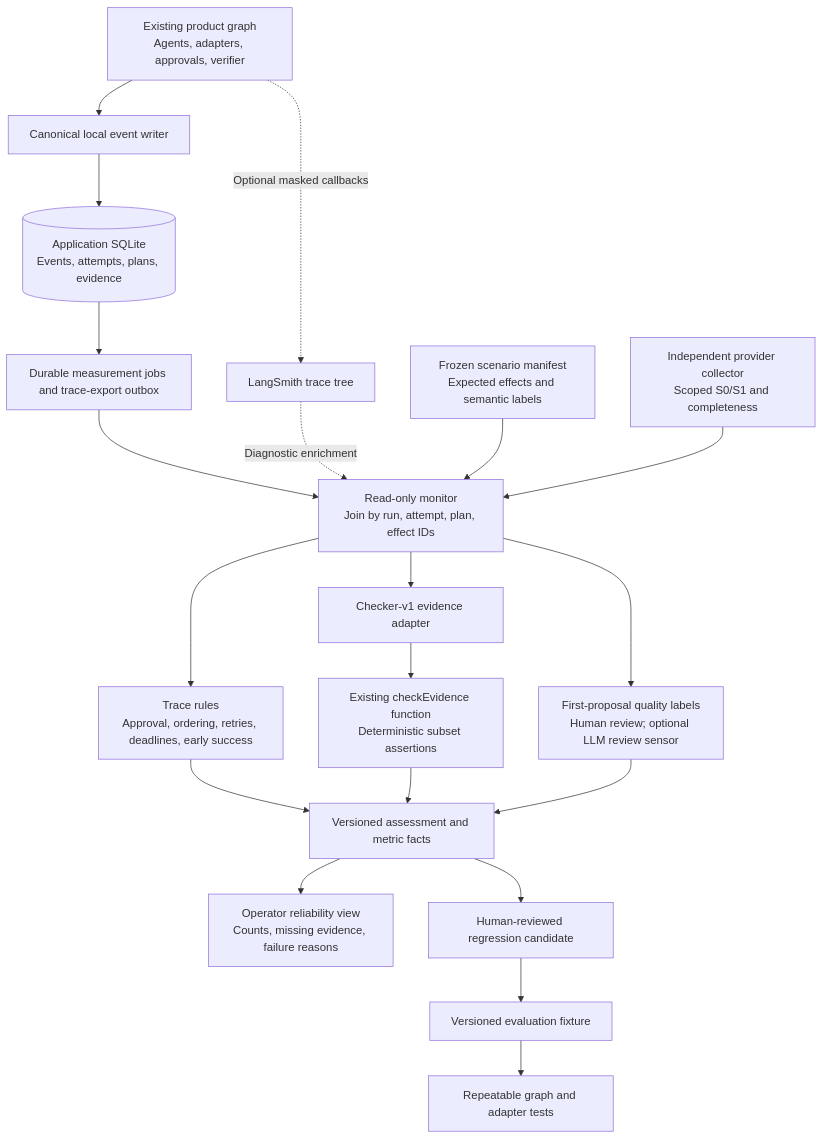
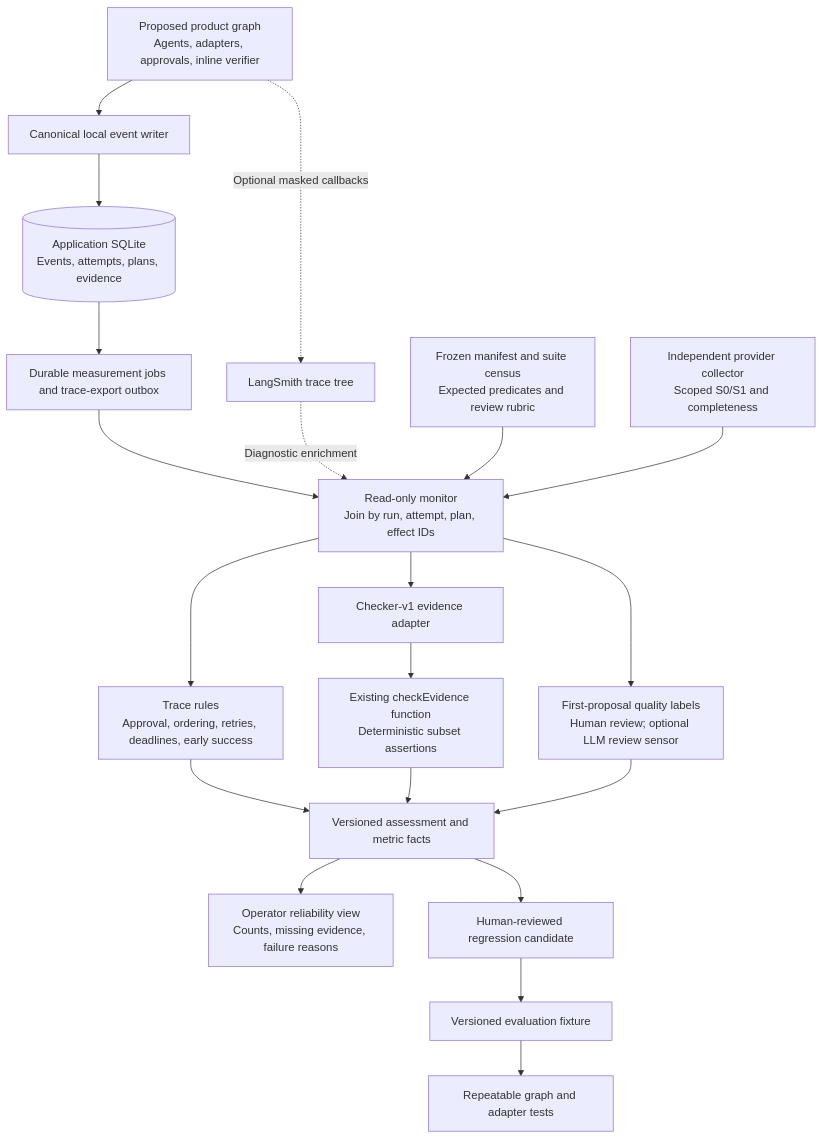
Before and after one commit to janmenjayap/multi-app_ai-agent_hackathon: the sixth of 6 diagrams in ideation/promiseguard-architecture.md, drawn with Mermaid. The commit also changed other lines of this file and 103 other files, not shown here.

````diff
--- a/ideation/promiseguard-architecture.md
+++ b/ideation/promiseguard-architecture.md
@@ -854,23 +957,23 @@
 ```mermaid
 flowchart TD
-    Workflow["Existing product graph<br/>Agents, adapters, approvals, verifier"]
+    Workflow["Proposed product graph<br/>Agents, adapters, approvals, inline verifier"]
     Workflow --> Writer["Canonical local event writer"]
     Workflow -.->|"Optional masked callbacks"| Smith["LangSmith trace tree"]
     Writer --> Store[("Application SQLite<br/>Events, attempts, plans, evidence")]
     Store --> Outbox["Durable measurement jobs and trace-export outbox"]
     Outbox --> Reader["Read-only monitor<br/>Join by run, attempt, plan, effect IDs"]
     Smith -.->|"Diagnostic enrichment"| Reader
-    Manifest["Frozen scenario manifest<br/>Expected effects and semantic labels"] --> Reader
+    Manifest["Frozen manifest and suite census<br/>Expected predicates and review rubric"] --> Reader
     Collector["Independent provider collector<br/>Scoped S0/S1 and completeness"] --> Reader
     Reader --> TraceRules["Trace rules<br/>Approval, ordering, retries, deadlines, early success"]
     Reader --> Exporter["Checker-v1 evidence adapter"]
     Exporter --> Checker["Existing checkEvidence function<br/>Deterministic subset assertions"]
     Reader --> Labels["First-proposal quality labels<br/>Human review; optional LLM review sensor"]
     TraceRules --> Assessment["Versioned assessment and metric facts"]
     Checker --> Assessment
     Labels --> Assessment
     Assessment --> UI["Operator reliability view<br/>Counts, missing evidence, failure reasons"]
     Assessment --> Review["Human-reviewed regression candidate"]
     Review --> Dataset["Versioned evaluation fixture"]
     Dataset --> Test["Repeatable graph and adapter tests"]
 ```
````
